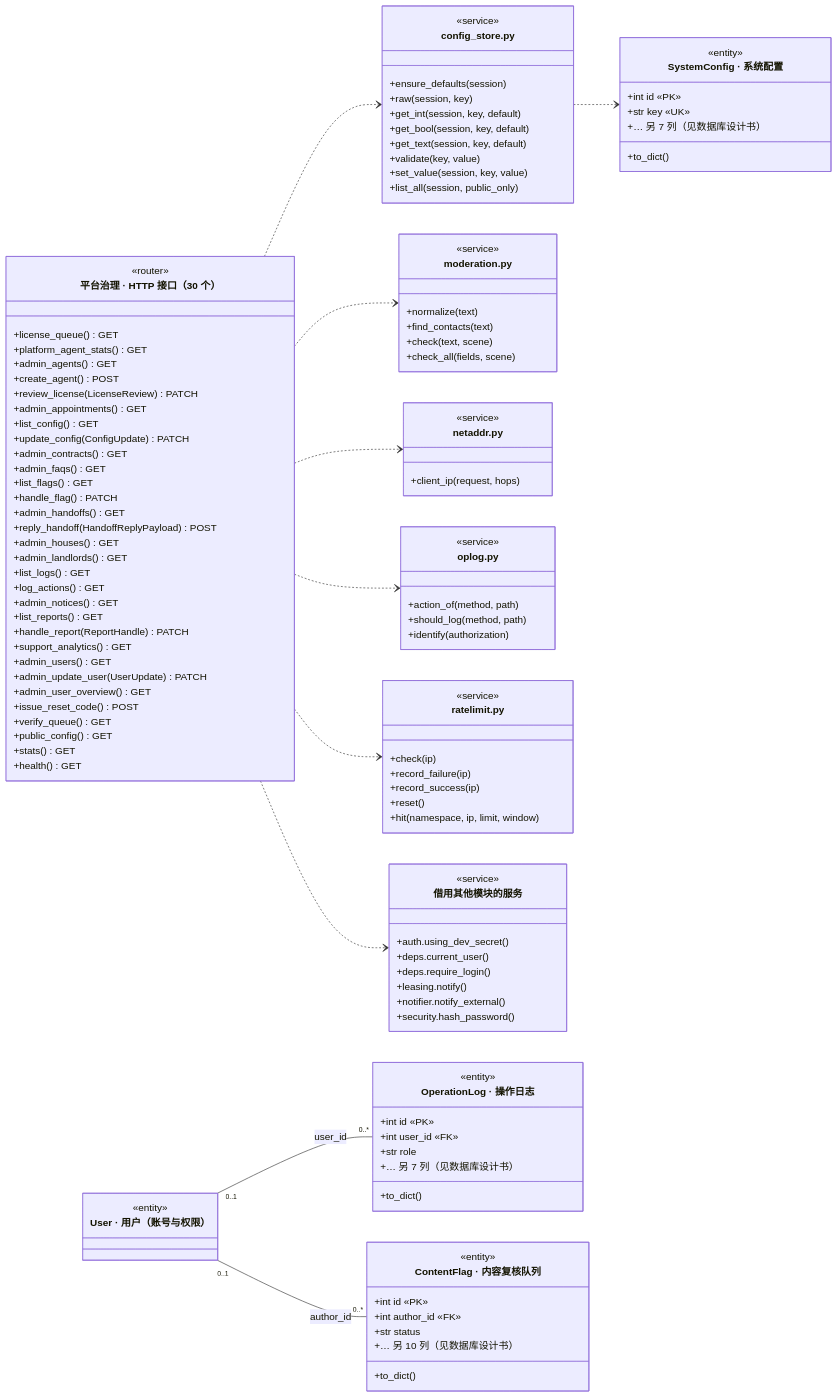
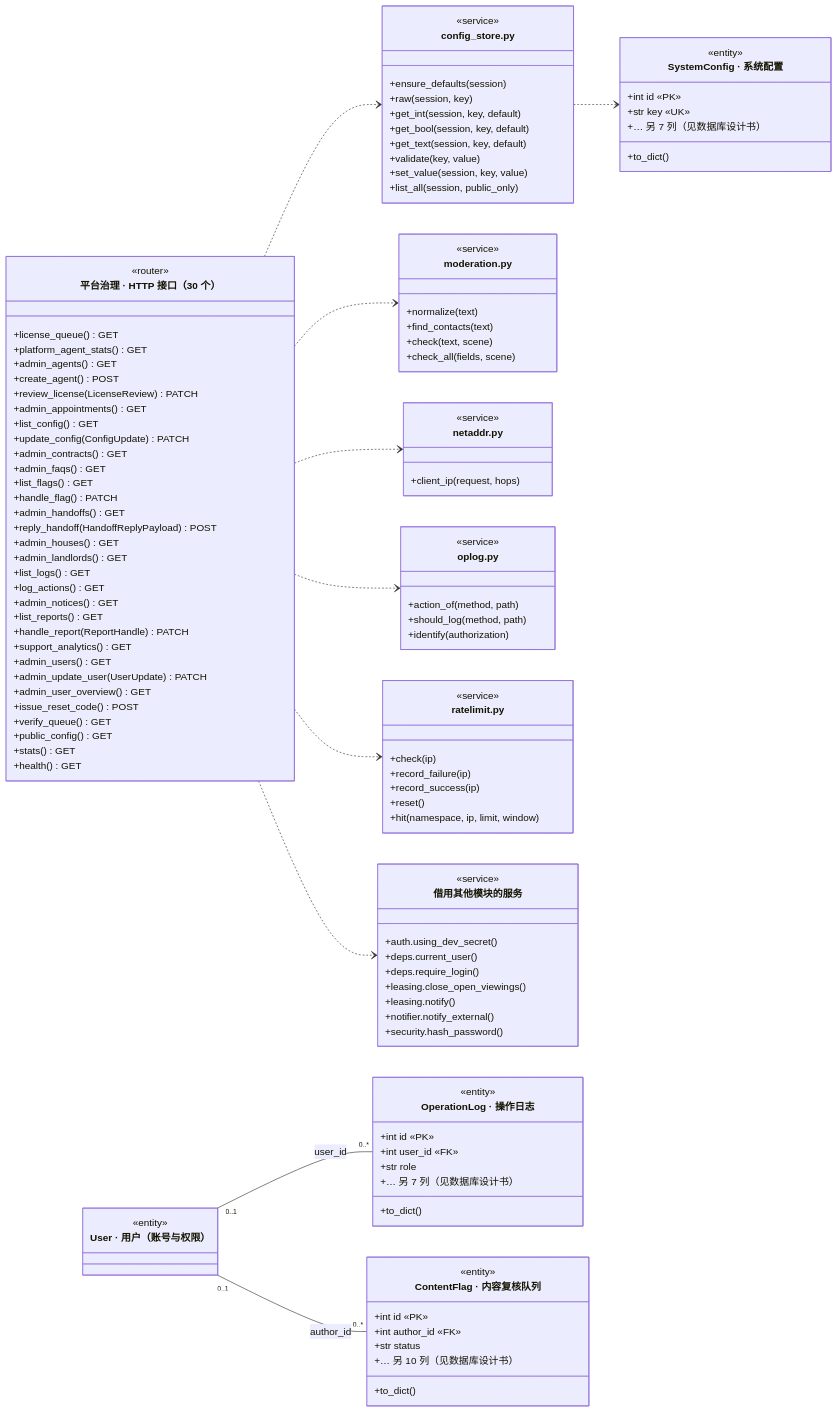
One commit to A107586/ai-house-rental changed the diagram in docs/图/class_governance.mmd. Above: the diagram before and after it, drawn with Mermaid. The commit also changed 26 other files, not shown here.

```diff
--- a/docs/图/class_governance.mmd
+++ b/docs/图/class_governance.mmd
@@ -1,114 +1,115 @@
 classDiagram
     direction LR
     class Api["平台治理 · HTTP 接口（30 个）"] {
         <<router>>
         +license_queue() GET
         +platform_agent_stats() GET
         +admin_agents() GET
         +create_agent() POST
         +review_license(LicenseReview) PATCH
         +admin_appointments() GET
         +list_config() GET
         +update_config(ConfigUpdate) PATCH
         +admin_contracts() GET
         +admin_faqs() GET
         +list_flags() GET
         +handle_flag() PATCH
         +admin_handoffs() GET
         +reply_handoff(HandoffReplyPayload) POST
         +admin_houses() GET
         +admin_landlords() GET
         +list_logs() GET
         +log_actions() GET
         +admin_notices() GET
         +list_reports() GET
         +handle_report(ReportHandle) PATCH
         +support_analytics() GET
         +admin_users() GET
         +admin_update_user(UserUpdate) PATCH
         +admin_user_overview() GET
         +issue_reset_code() POST
         +verify_queue() GET
         +public_config() GET
         +stats() GET
         +health() GET
     }
     class m_config_store["config_store.py"] {
         <<service>>
         +ensure_defaults(session)
         +raw(session, key)
         +get_int(session, key, default)
         +get_bool(session, key, default)
         +get_text(session, key, default)
         +validate(key, value)
         +set_value(session, key, value)
         +list_all(session, public_only)
     }
     Api ..> m_config_store
     class m_moderation["moderation.py"] {
         <<service>>
         +normalize(text)
         +find_contacts(text)
         +check(text, scene)
         +check_all(fields, scene)
     }
     Api ..> m_moderation
     class m_netaddr["netaddr.py"] {
         <<service>>
         +client_ip(request, hops)
     }
     Api ..> m_netaddr
     class m_oplog["oplog.py"] {
         <<service>>
         +action_of(method, path)
         +should_log(method, path)
         +identify(authorization)
     }
     Api ..> m_oplog
     class m_ratelimit["ratelimit.py"] {
         <<service>>
         +check(ip)
         +record_failure(ip)
         +record_success(ip)
         +reset()
         +hit(namespace, ip, limit, window)
     }
     Api ..> m_ratelimit
     class m_shared["借用其他模块的服务"] {
         <<service>>
         +auth.using_dev_secret()
         +deps.current_user()
         +deps.require_login()
+        +leasing.close_open_viewings()
         +leasing.notify()
         +notifier.notify_external()
         +security.hash_password()
     }
     Api ..> m_shared
     class OperationLog["OperationLog · 操作日志"] {
         <<entity>>
         +int id «PK»
         +int user_id «FK»
         +str role
         +… 另 7 列（见数据库设计书）
         +to_dict()
     }
     class ContentFlag["ContentFlag · 内容复核队列"] {
         <<entity>>
         +int id «PK»
         +int author_id «FK»
         +str status
         +… 另 10 列（见数据库设计书）
         +to_dict()
     }
     class SystemConfig["SystemConfig · 系统配置"] {
         <<entity>>
         +int id «PK»
         +str key «UK»
         +… 另 7 列（见数据库设计书）
         +to_dict()
     }
     class User["User · 用户（账号与权限）"]
     <<entity>> User
     User "0..1" -- "0..*" OperationLog : user_id
     User "0..1" -- "0..*" ContentFlag : author_id
     m_config_store ..> SystemConfig
```
